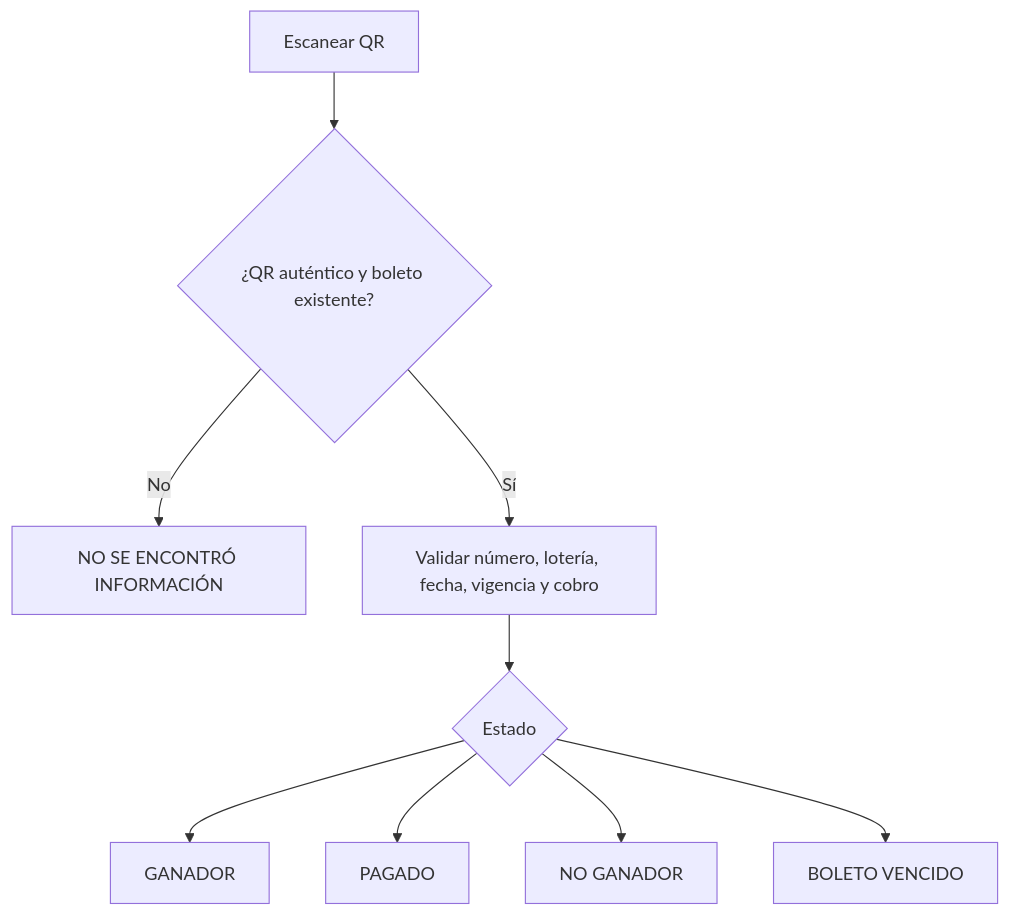
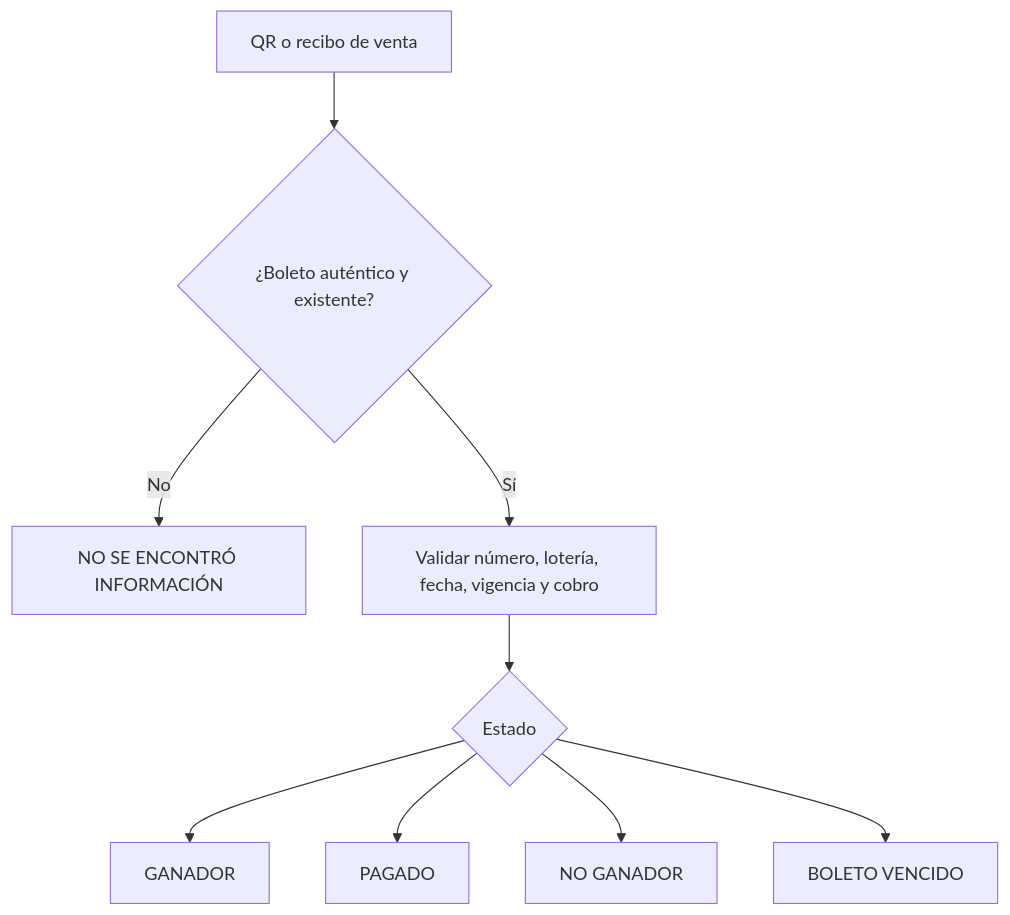
The third of 8 diagrams in documentos/historiasUsuarioApuestas.md (alejoortiz18/apuestasMarcelaAndres), drawn with Mermaid before and after one commit. The commit also changed other lines of this file and 115 other files, not shown here.

````diff
--- a/documentos/historiasUsuarioApuestas.md
+++ b/documentos/historiasUsuarioApuestas.md
@@ -65,11 +65,11 @@
 ```mermaid
 flowchart TD
-    Q[Escanear QR] --> V{¿QR auténtico y boleto existente?}
+    Q[QR o recibo de venta] --> V{¿Boleto auténtico y existente?}
     V -->|No| N[NO SE ENCONTRÓ INFORMACIÓN]
     V -->|Sí| R[Validar número, lotería, fecha, vigencia y cobro]
     R --> S{Estado}
     S --> G[GANADOR]
     S --> P[PAGADO]
     S --> X[NO GANADOR]
     S --> E[BOLETO VENCIDO]
 ```
````
